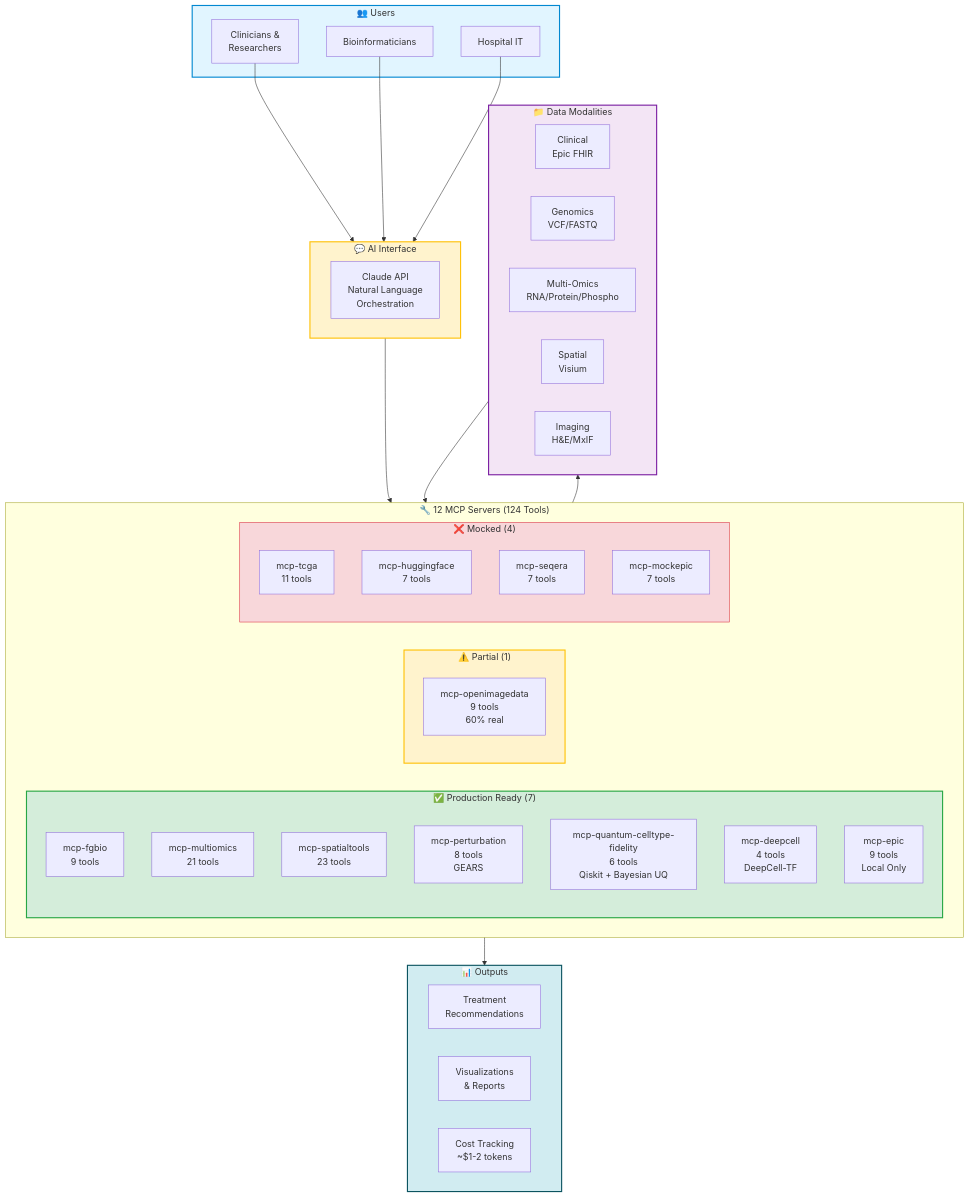
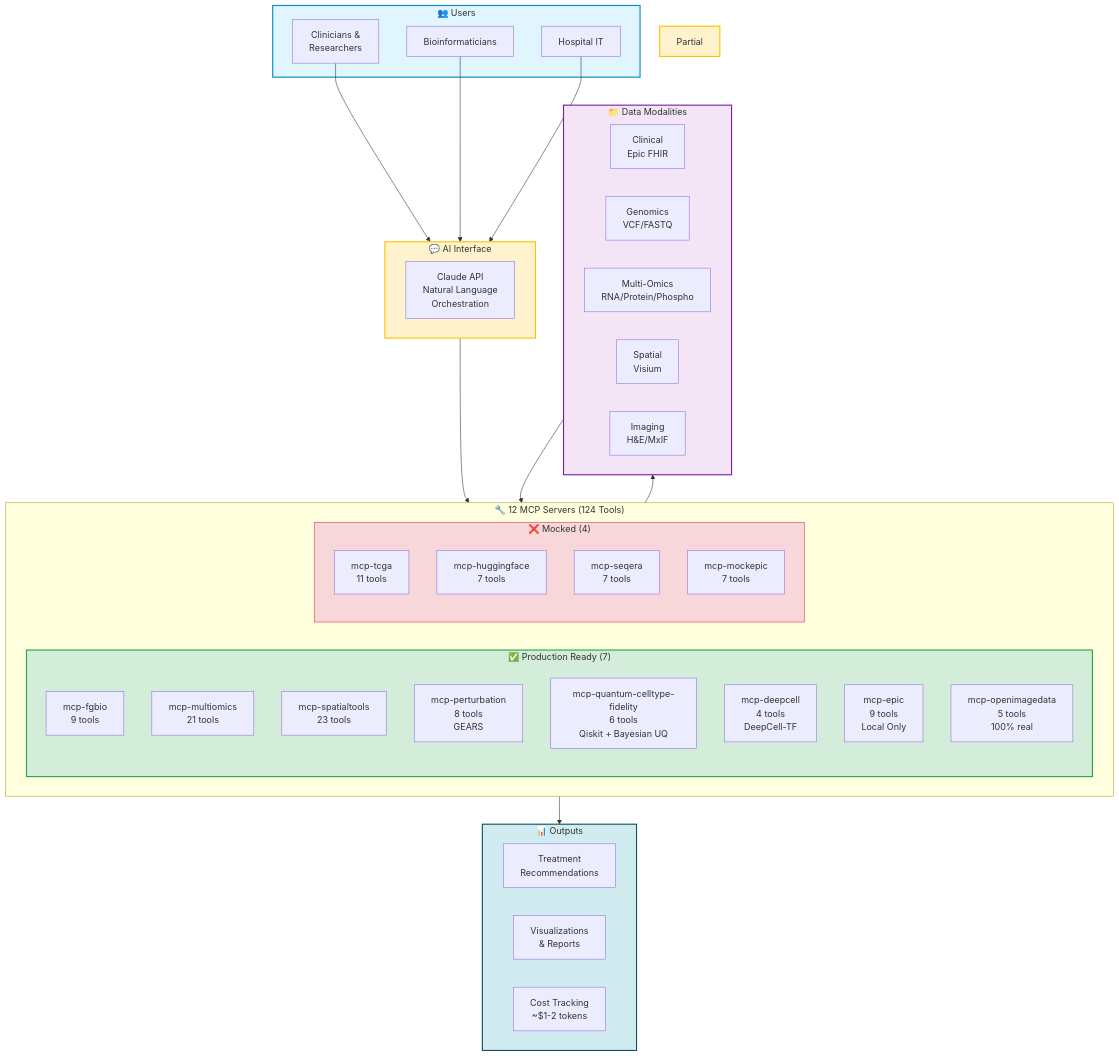
One commit to raymond301/precision-medicine-mcp changed the diagram in docs/for-funders/EXECUTIVE_SUMMARY.md. Above: the diagram before and after it, drawn with Mermaid. The commit also changed 12 other files, not shown here.

First line of the commit message:
Propagate mcp-openimagedata 100% production status across all docs

````diff
--- a/docs/for-funders/EXECUTIVE_SUMMARY.md
+++ b/docs/for-funders/EXECUTIVE_SUMMARY.md
@@ -13,69 +13,66 @@
 ```mermaid
 graph TB
     subgraph Users["👥 Users"]
         CLIN[Clinicians &<br/>Researchers]
         BIO[Bioinformaticians]
         ADMIN[Hospital IT]
     end
 
     subgraph Interface["💬 AI Interface"]
         CLAUDE[Claude API<br/>Natural Language<br/>Orchestration]
     end
 
     subgraph Servers["🔧 12 MCP Servers (124 Tools)"]
         direction LR
         subgraph Production["✅ Production Ready (7)"]
             FGBIO[mcp-fgbio<br/>9 tools]
             MULTI[mcp-multiomics<br/>21 tools]
             SPATIAL[mcp-spatialtools<br/>23 tools]
             PERTURB[mcp-perturbation<br/>8 tools<br/>GEARS]
             QUANTUM[mcp-quantum-celltype-fidelity<br/>6 tools<br/>Qiskit + Bayesian UQ]
             DEEP[mcp-deepcell<br/>4 tools<br/>DeepCell-TF]
             EPIC[mcp-epic<br/>9 tools<br/>Local Only]
-        end
-
-        subgraph Partial["⚠️ Partial (1)"]
-            IMAGE[mcp-openimagedata<br/>9 tools<br/>60% real]
+            IMAGE[mcp-openimagedata<br/>5 tools<br/>100% real]
         end
 
         subgraph Mocked["❌ Mocked (4)"]
             TCGA[mcp-tcga<br/>11 tools]
             HF[mcp-huggingface<br/>7 tools]
             SEQ[mcp-seqera<br/>7 tools]
             MOCK[mcp-mockepic<br/>7 tools]
         end
     end
 
     subgraph Data["📁 Data Modalities"]
         CLINICAL[Clinical<br/>Epic FHIR]
         GENOMIC[Genomics<br/>VCF/FASTQ]
         OMICS[Multi-Omics<br/>RNA/Protein/Phospho]
         SPAT[Spatial<br/>Visium]
         IMG[Imaging<br/>H&E/MxIF]
     end
 
     subgraph Output["📊 Outputs"]
         REPORT[Treatment<br/>Recommendations]
         VIZ[Visualizations<br/>& Reports]
         COST[Cost Tracking<br/>~$1-2 tokens]
     end
 
     CLIN --> Interface
     BIO --> Interface
     ADMIN --> Interface
 
     Interface --> Servers
 
     Servers --> Data
     Data --> Servers
 
     Servers --> Output
 
     style Users fill:#e1f5ff,stroke:#0288d1,stroke-width:2px
     style Interface fill:#fff3cd,stroke:#ffc107,stroke-width:2px
     style Production fill:#d4edda,stroke:#28a745,stroke-width:2px
     style Partial fill:#fff3cd,stroke:#ffc107,stroke-width:2px
     style Mocked fill:#f8d7da,stroke:#dc3545,stroke-width:1px
     style Data fill:#f3e5f5,stroke:#7b1fa2,stroke-width:2px
     style Output fill:#d1ecf1,stroke:#0c5460,stroke-width:2px
 ```
````
